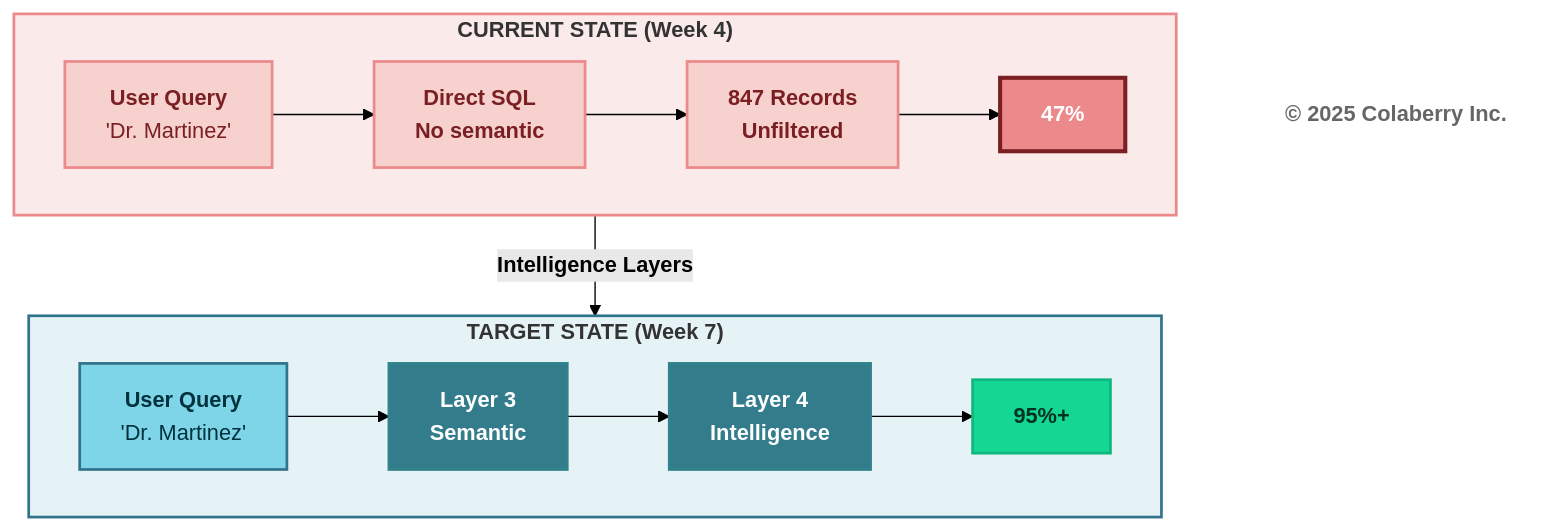
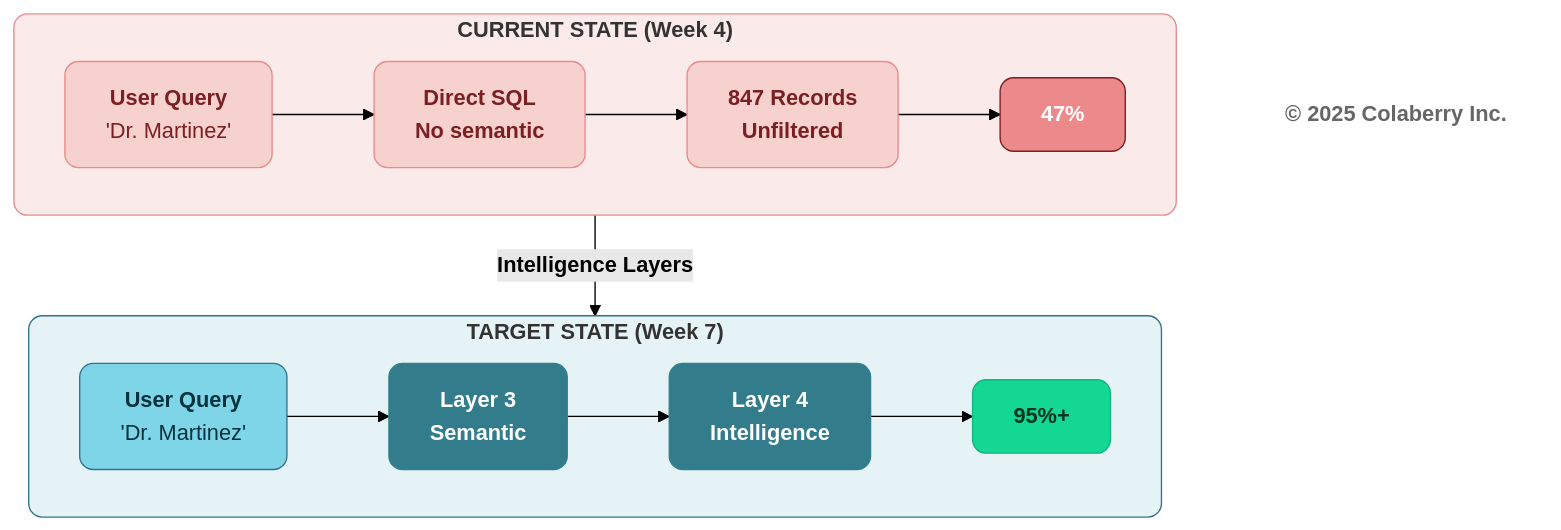
One commit to colaberry/trust-before-intelligence-book changed the fourth of 13 diagrams in manuscript/06_chapter_5_intelligence_layers.md. Above: the diagram before and after it, drawn with Mermaid (forest theme). The commit also changed other lines of this file and 12 other files, not shown here.

````diff
--- a/manuscript/06_chapter_5_intelligence_layers.md
+++ b/manuscript/06_chapter_5_intelligence_layers.md
@@ -255,30 +255,30 @@
 ```mermaid
 graph TB
     subgraph CURRENT["<b>CURRENT STATE (Week 4)</b>"]
         direction LR
         C_Q["<b>User Query</b><br/>'Dr. Martinez'"] --> C_SQL["<b>Direct SQL</b><br/><b>No semantic</b>"] --> C_RES["<b>847 Records</b><br/><b>Unfiltered</b>"] --> C_FAIL["<b>47%</b>"]
     end
     
     CURRENT -->|<b>Intelligence Layers</b>| TARGET
     
     subgraph TARGET["<b>TARGET STATE (Week 7)</b>"]
         direction LR
         T_Q["<b>User Query</b><br/>'Dr. Martinez'"] --> T_SEM["<b>Layer 3</b><br/><b>Semantic</b>"] --> T_RAG["<b>Layer 4</b><br/><b>Intelligence</b>"] --> T_WIN["<b>95%+</b>"]
     end
     
     Copyright["<b>© 2025 Colaberry Inc.</b>"]
     
-    style CURRENT fill:#FBEAEA,stroke:#EB898B,stroke-width:2px
-    style C_Q fill:#F6D1CE,stroke:#EB898B,stroke-width:2px,color:#7A1F22
-    style C_SQL fill:#F6D1CE,stroke:#EB898B,stroke-width:2px,color:#7A1F22
-    style C_RES fill:#F6D1CE,stroke:#EB898B,stroke-width:2px,color:#7A1F22
-    style C_FAIL fill:#EB898B,stroke:#7A1F22,stroke-width:3px,color:#ffffff
+    style CURRENT fill:#FBEAEA,stroke:#EB898B,stroke-width:1px,rx:10,ry:10
+    style C_Q fill:#F6D1CE,stroke:#EB898B,stroke-width:1px,color:#7A1F22,rx:10,ry:10
+    style C_SQL fill:#F6D1CE,stroke:#EB898B,stroke-width:1px,color:#7A1F22,rx:10,ry:10
+    style C_RES fill:#F6D1CE,stroke:#EB898B,stroke-width:1px,color:#7A1F22,rx:10,ry:10
+    style C_FAIL fill:#EB898B,stroke:#7A1F22,stroke-width:1px,color:#ffffff,rx:10,ry:10
     
-    style TARGET fill:#E6F3F6,stroke:#32738C,stroke-width:2px
-    style T_Q fill:#7FD5E8,stroke:#32738C,stroke-width:2px,color:#00323D
-    style T_SEM fill:#327C8C,stroke:#30838C,stroke-width:2px,color:#ffffff
-    style T_RAG fill:#327C8C,stroke:#30838C,stroke-width:2px,color:#ffffff
-    style T_WIN fill:#14D793,stroke:#0FB67D,stroke-width:2px,color:#003322
+    style TARGET fill:#E6F3F6,stroke:#32738C,stroke-width:1px,rx:10,ry:10
+    style T_Q fill:#7FD5E8,stroke:#32738C,stroke-width:1px,color:#00323D,rx:10,ry:10
+    style T_SEM fill:#327C8C,stroke:#30838C,stroke-width:1px,color:#ffffff,rx:10,ry:10
+    style T_RAG fill:#327C8C,stroke:#30838C,stroke-width:1px,color:#ffffff,rx:10,ry:10
+    style T_WIN fill:#14D793,stroke:#0FB67D,stroke-width:1px,color:#003322,rx:10,ry:10
     
-    style Copyright fill:#ffffff,stroke:none,color:#666666
+    style Copyright fill:none,stroke:none,color:#666666
 ```
````
